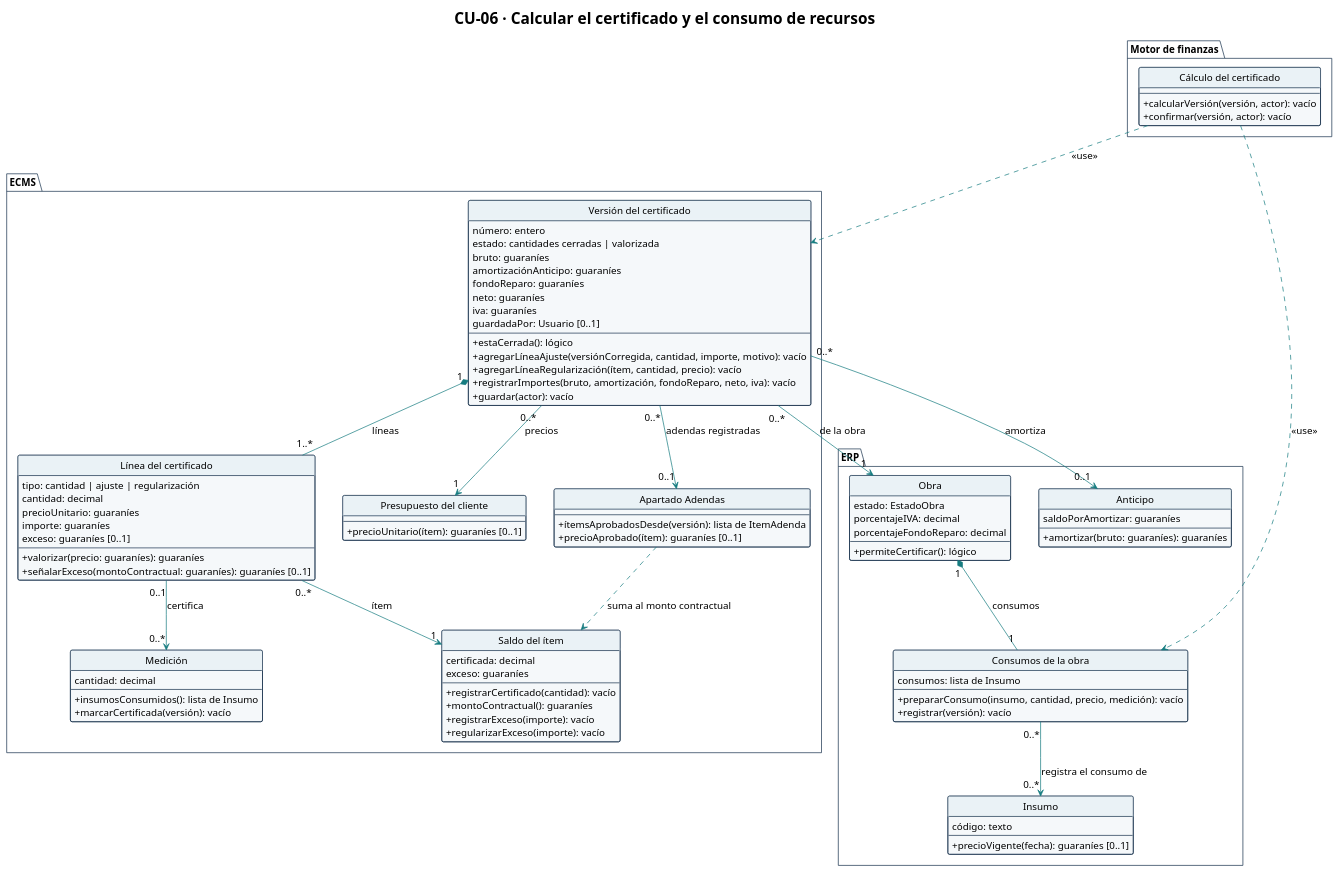
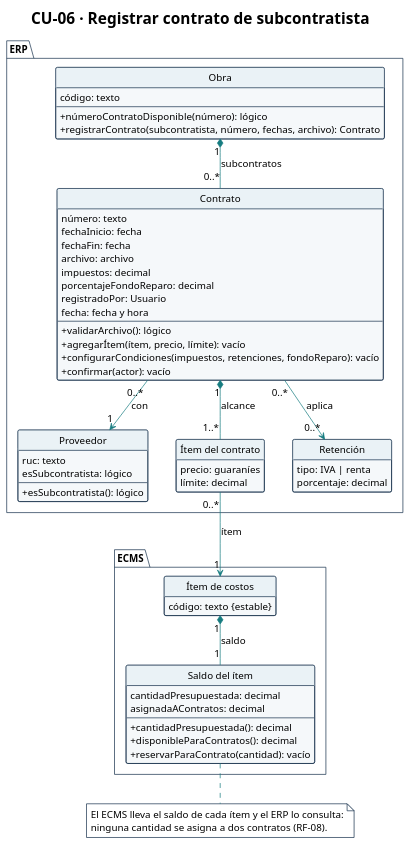
Before and after one commit to Ssrrb/tpf-uca: the diagram in diagramas/CU-06-clases.puml, drawn with PlantUML. The commit also changed 51 other files, not shown here.

First line of the commit message:
Renumera los diagramas de CU 1 al 16 en orden de dependencia y saca los que salen del MVP

```diff
--- a/diagramas/CU-06-clases.puml
+++ b/diagramas/CU-06-clases.puml
@@ -1,136 +1,97 @@
 @startuml
 !theme plain
 skinparam style strictuml
-title CU-06 · Calcular el certificado y el consumo de recursos
+title CU-06 · Registrar contrato de subcontratista
 hide circle
 hide empty methods
 hide empty fields
 skinparam shadowing false
 skinparam classAttributeIconSize 0
 skinparam defaultFontName Arial
 skinparam defaultFontSize 14
 skinparam nodesep 40
 skinparam ranksep 50
 skinparam ArrowColor #167C80
 skinparam class {
   BackgroundColor #F5F8FA
   BorderColor #17324D
   HeaderBackgroundColor #EAF2F6
 }
 skinparam package {
   BackgroundColor #FFFFFF
   BorderColor #17324D
 }
 skinparam note {
   BackgroundColor #FFFFFF
   BorderColor #17324D
 }
-package "Motor de finanzas" {
-  class "Cálculo del certificado" as CalculoCertificado {
+package "ERP" {
+  class Obra {
+    código: texto
     --
-    + calcularVersión(versión, actor): vacío
-    + confirmar(versión, actor): vacío
+    + númeroContratoDisponible(número): lógico
+    + registrarContrato(subcontratista, número, fechas, archivo): Contrato
+  }
+
+  class Proveedor {
+    ruc: texto
+    esSubcontratista: lógico
+    --
+    + esSubcontratista(): lógico
+  }
+
+  class Contrato {
+    número: texto
+    fechaInicio: fecha
+    fechaFin: fecha
+    archivo: archivo
+    impuestos: decimal
+    porcentajeFondoReparo: decimal
+    registradoPor: Usuario
+    fecha: fecha y hora
+    --
+    + validarArchivo(): lógico
+    + agregarÍtem(ítem, precio, límite): vacío
+    + configurarCondiciones(impuestos, retenciones, fondoReparo): vacío
+    + confirmar(actor): vacío
+  }
+
+  class "Ítem del contrato" as ItemContrato {
+    precio: guaraníes
+    límite: decimal
+  }
+
+  class "Retención" as Retencion {
+    tipo: IVA | renta
+    porcentaje: decimal
   }
 }
 
 package "ECMS" {
-  class "Versión del certificado" as VersionCertificado {
-    número: entero
-    estado: cantidades cerradas | valorizada
-    bruto: guaraníes
-    amortizaciónAnticipo: guaraníes
-    fondoReparo: guaraníes
-    neto: guaraníes
-    iva: guaraníes
-    guardadaPor: Usuario [0..1]
+  class "Saldo del ítem" as SaldoItem {
+    cantidadPresupuestada: decimal
+    asignadaAContratos: decimal
     --
-    + estaCerrada(): lógico
-    + agregarLíneaAjuste(versiónCorregida, cantidad, importe, motivo): vacío
-    + agregarLíneaRegularización(ítem, cantidad, precio): vacío
-    + registrarImportes(bruto, amortización, fondoReparo, neto, iva): vacío
-    + guardar(actor): vacío
+    + cantidadPresupuestada(): decimal
+    + disponibleParaContratos(): decimal
+    + reservarParaContrato(cantidad): vacío
   }
 
-  class "Línea del certificado" as LineaCertificado {
-    tipo: cantidad | ajuste | regularización
-    cantidad: decimal
-    precioUnitario: guaraníes
-    importe: guaraníes
-    exceso: guaraníes [0..1]
-    --
-    + valorizar(precio: guaraníes): guaraníes
-    + señalarExceso(montoContractual: guaraníes): guaraníes [0..1]
-  }
-
-  class "Medición" as Medicion {
-    cantidad: decimal
-    --
-    + insumosConsumidos(): lista de Insumo
-    + marcarCertificada(versión): vacío
-  }
-
-  class "Saldo del ítem" as SaldoItem {
-    certificada: decimal
-    exceso: guaraníes
-    --
-    + registrarCertificado(cantidad): vacío
-    + montoContractual(): guaraníes
-    + registrarExceso(importe): vacío
-    + regularizarExceso(importe): vacío
-  }
-
-  class "Presupuesto del cliente" as PresupuestoCliente {
-    --
-    + precioUnitario(ítem): guaraníes [0..1]
-  }
-
-  class "Apartado Adendas" as ApartadoAdendas {
-    --
-    + ítemsAprobadosDesde(versión): lista de ItemAdenda
-    + precioAprobado(ítem): guaraníes [0..1]
+  class "Ítem de costos" as ItemCostos {
+    código: texto {estable}
   }
 }
 
-package "ERP" {
-  class Obra {
-    estado: EstadoObra
-    porcentajeIVA: decimal
-    porcentajeFondoReparo: decimal
-    --
-    + permiteCertificar(): lógico
-  }
+Obra "1" *-- "0..*" Contrato : subcontratos
+Contrato "0..*" --> "1" Proveedor : con
+Contrato "1" *-- "1..*" ItemContrato : alcance
+ItemContrato "0..*" --> "1" ItemCostos : ítem
+ItemCostos "1" *-- "1" SaldoItem : saldo
+Contrato "0..*" --> "0..*" Retencion : aplica
 
-  class Anticipo {
-    saldoPorAmortizar: guaraníes
-    --
-    + amortizar(bruto: guaraníes): guaraníes
-  }
-
-  class Insumo {
-    código: texto
-    --
-    + precioVigente(fecha): guaraníes [0..1]
-  }
-
-  class "Consumos de la obra" as ConsumosObra {
-    consumos: lista de Insumo
-    --
-    + prepararConsumo(insumo, cantidad, precio, medición): vacío
-    + registrar(versión): vacío
-  }
-}
-
-CalculoCertificado ..> VersionCertificado : <<use>>
-CalculoCertificado ..> ConsumosObra : <<use>>
-VersionCertificado "1" *-- "1..*" LineaCertificado : líneas
-LineaCertificado "0..1" --> "0..*" Medicion : certifica
-LineaCertificado "0..*" --> "1" SaldoItem : ítem
-VersionCertificado "0..*" --> "1" PresupuestoCliente : precios
-VersionCertificado "0..*" --> "0..1" ApartadoAdendas : adendas registradas
-ApartadoAdendas ..> SaldoItem : suma al monto contractual
-VersionCertificado "0..*" --> "0..1" Anticipo : amortiza
-VersionCertificado "0..*" --> "1" Obra : de la obra
-Obra "1" *-- "1" ConsumosObra : consumos
-ConsumosObra "0..*" --> "0..*" Insumo : registra el consumo de
+note bottom of SaldoItem
+  El ECMS lleva el saldo de cada ítem y el ERP lo consulta:
+  ninguna cantidad se asigna a dos contratos (RF-08).
+end note
 
 @enduml
```
